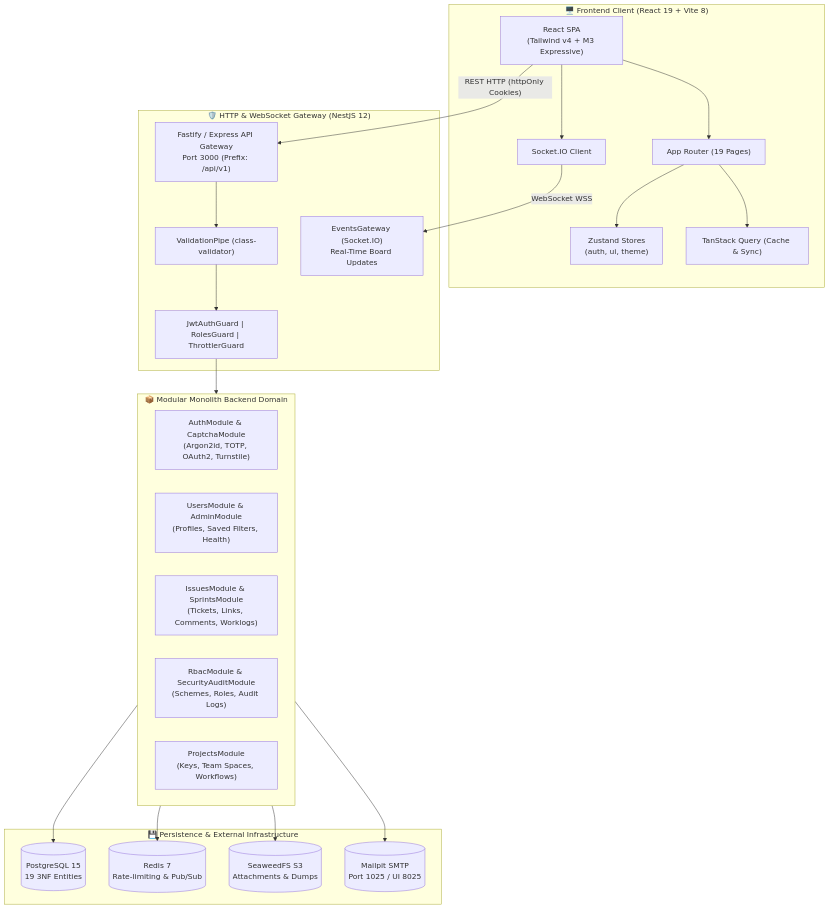
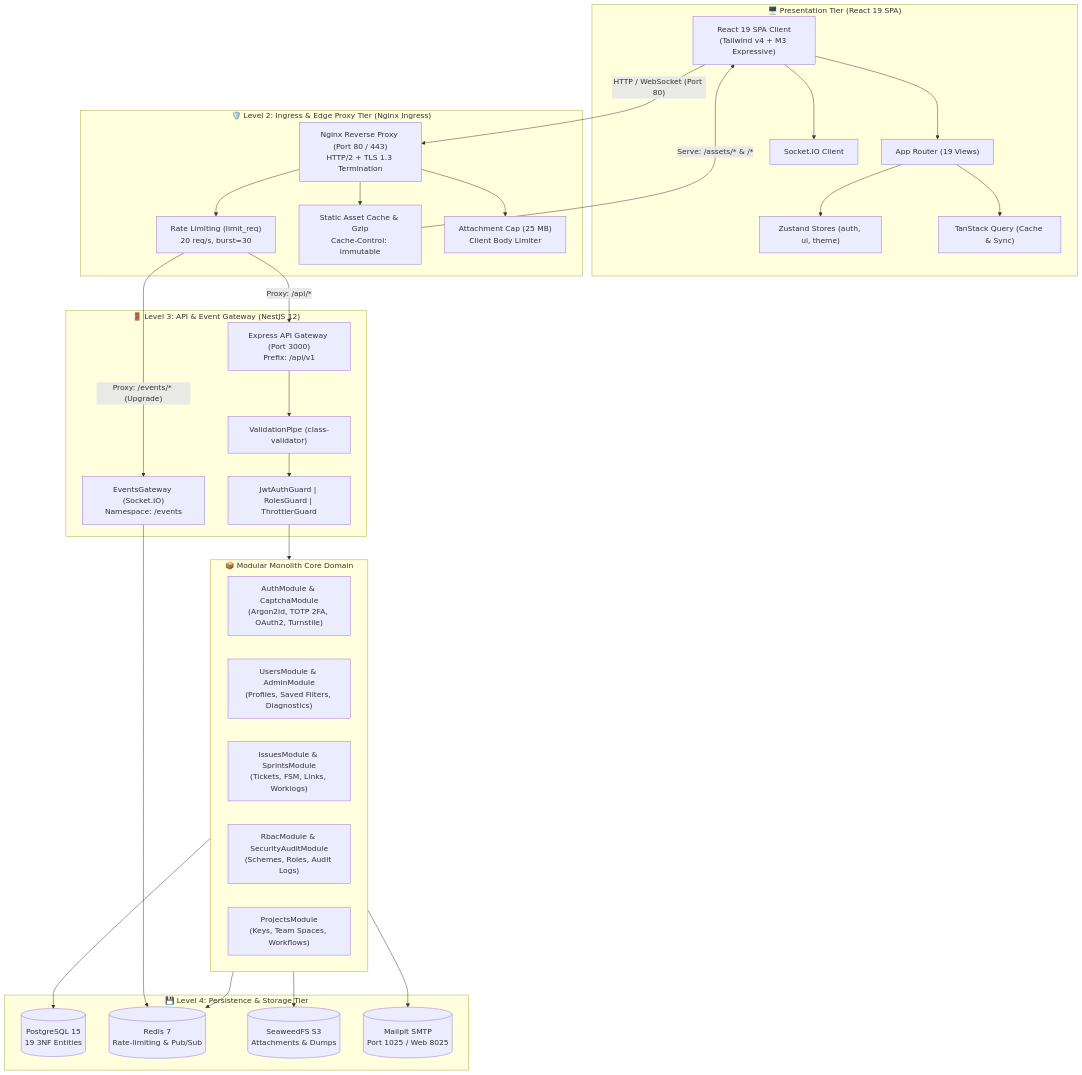
The diagram in documentation/architecture/system-overview.md (finkord/bug-tracker), drawn with Mermaid before and after one commit. The commit also changed other lines of this file and 13 other files, not shown here.

First line of the commit message:
feat(docker): integrate nginx ingress proxy and m3 mermaid styling configs

````diff
--- a/documentation/architecture/system-overview.md
+++ b/documentation/architecture/system-overview.md
@@ -15,47 +15,61 @@
 ```mermaid
 graph TB
-    subgraph ClientLayer["🖥️ Frontend Client (React 19 + Vite 8)"]
-        SPA["React SPA<br/>(Tailwind v4 + M3 Expressive)"]
-        Router["App Router (19 Pages)"]
-        Stores["Zustand Stores<br/>(auth, ui, theme)"]
+    subgraph ClientTier["🖥️ Presentation Tier (React 19 SPA)"]
+        SPA["React 19 SPA Client<br/>(Tailwind v4 + M3 Expressive)"]
+        Router["App Router (19 Views)"]
+        Stores["Zustand Stores (auth, ui, theme)"]
         Query["TanStack Query (Cache & Sync)"]
         WSClient["Socket.IO Client"]
         SPA --> Router
         Router --> Stores
         Router --> Query
         SPA --> WSClient
     end
 
-    subgraph GatewayLayer["🛡️ HTTP & WebSocket Gateway (NestJS 12)"]
-        Main["Fastify / Express API Gateway<br/>Port 3000 (Prefix: /api/v1)"]
+    subgraph IngressTier["🛡️ Level 2: Ingress & Edge Proxy Tier (Nginx Ingress)"]
+        Nginx["Nginx Reverse Proxy (Port 80 / 443)<br/>HTTP/2 + TLS 1.3 Termination"]
+        RateLimit["Rate Limiting (limit_req)<br/>20 req/s, burst=30"]
+        StaticCache["Static Asset Cache & Gzip<br/>Cache-Control: immutable"]
+        BodyCap["Attachment Cap (25 MB)<br/>Client Body Limiter"]
+        Nginx --> RateLimit
+        Nginx --> StaticCache
+        Nginx --> BodyCap
+    end
+
+    subgraph GatewayTier["🚪 Level 3: API & Event Gateway (NestJS 12)"]
+        Main["Express API Gateway (Port 3000)<br/>Prefix: /api/v1"]
         Pipes["ValidationPipe (class-validator)"]
         Guards["JwtAuthGuard | RolesGuard | ThrottlerGuard"]
-        Gateway["EventsGateway (Socket.IO)<br/>Real-Time Board Updates"]
+        EventsGW["EventsGateway (Socket.IO)<br/>Namespace: /events"]
         Main --> Pipes
         Pipes --> Guards
     end
 
-    subgraph BackendModules["📦 Modular Monolith Backend Domain"]
-        AuthM["AuthModule & CaptchaModule<br/>(Argon2id, TOTP, OAuth2, Turnstile)"]
-        UserM["UsersModule & AdminModule<br/>(Profiles, Saved Filters, Health)"]
-        IssueM["IssuesModule & SprintsModule<br/>(Tickets, Links, Comments, Worklogs)"]
+    subgraph CoreModules["📦 Modular Monolith Core Domain"]
+        AuthM["AuthModule & CaptchaModule<br/>(Argon2id, TOTP 2FA, OAuth2, Turnstile)"]
+        UserM["UsersModule & AdminModule<br/>(Profiles, Saved Filters, Diagnostics)"]
+        IssueM["IssuesModule & SprintsModule<br/>(Tickets, FSM, Links, Worklogs)"]
         RbacM["RbacModule & SecurityAuditModule<br/>(Schemes, Roles, Audit Logs)"]
         ProjM["ProjectsModule<br/>(Keys, Team Spaces, Workflows)"]
     end
 
-    subgraph DataLayer["💾 Persistence & External Infrastructure"]
+    subgraph DataTier["💾 Level 4: Persistence & Storage Tier"]
         Postgres[("PostgreSQL 15<br/>19 3NF Entities")]
         RedisCache[("Redis 7<br/>Rate-limiting & Pub/Sub")]
         Seaweed[("SeaweedFS S3<br/>Attachments & Dumps")]
-        Mailpit[("Mailpit SMTP<br/>Port 1025 / UI 8025")]
+        Mailpit[("Mailpit SMTP<br/>Port 1025 / Web 8025")]
     end
 
-    SPA -- "REST HTTP (httpOnly Cookies)" --> Main
-    WSClient -- "WebSocket WSS" --> Gateway
-    Guards --> BackendModules
+    SPA -- "HTTP / WebSocket (Port 80)" --> Nginx
+    RateLimit -- "Proxy: /api/*" --> Main
+    RateLimit -- "Proxy: /events/* (Upgrade)" --> EventsGW
+    StaticCache -- "Serve: /assets/* & /*" --> SPA
 
-    BackendModules --> Postgres
-    BackendModules --> RedisCache
-    BackendModules --> Seaweed
-    BackendModules --> Mailpit
+    Guards --> CoreModules
+    EventsGW --> RedisCache
+
+    CoreModules --> Postgres
+    CoreModules --> RedisCache
+    CoreModules --> Seaweed
+    CoreModules --> Mailpit
 ```
````
